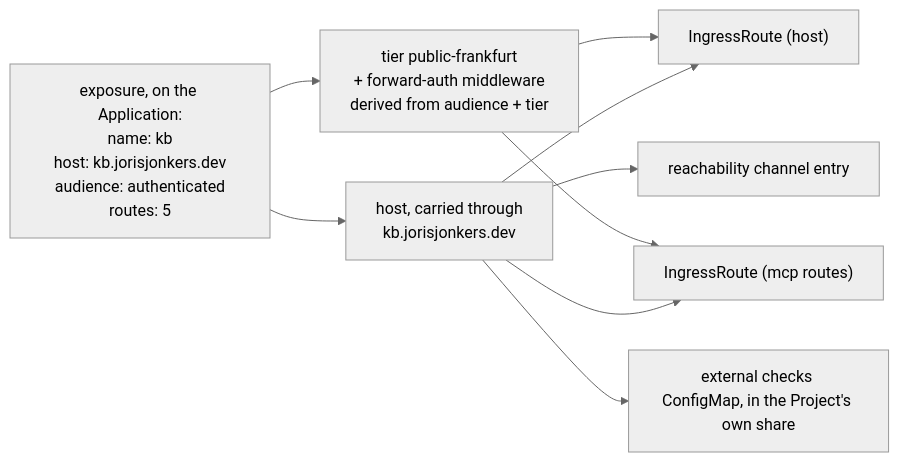
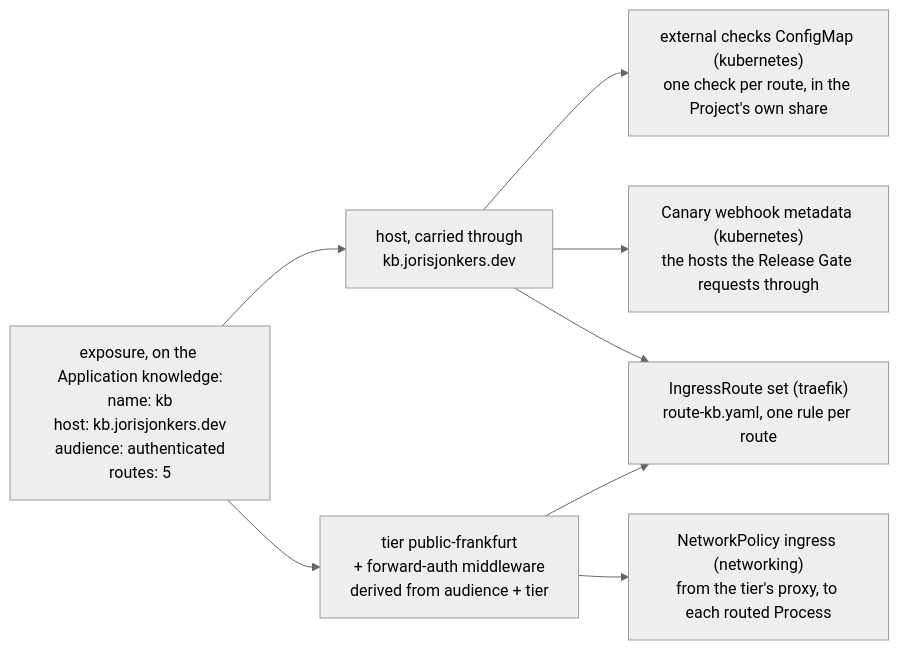
One commit to JorisJonkers-dev/deploy-kit changed the third of 3 diagrams in spec/v1/16-dependencies.md. Above: the diagram before and after it, drawn with Mermaid (neutral theme). The commit also changed 1 other file, not shown here.

Commit message:
docs(spec): redraw the exposure trace without the deleted edge catalogs and Gatus Asset

````diff
--- a/spec/v1/16-dependencies.md
+++ b/spec/v1/16-dependencies.md
@@ -1330,14 +1330,13 @@
 ```mermaid
 flowchart LR
-    X["exposure, on the Application:<br/>name: kb<br/>host: kb.jorisjonkers.dev<br/>audience: authenticated<br/>routes: 5"]
+    X["exposure, on the Application knowledge:<br/>name: kb<br/>host: kb.jorisjonkers.dev<br/>audience: authenticated<br/>routes: 5"]
 
     X --> H["host, carried through<br/>kb.jorisjonkers.dev"]
     X --> T["tier public-frankfurt<br/>+ forward-auth middleware<br/>derived from audience + tier"]
 
-    H --> A1["IngressRoute (host)"]
-    H --> A2["IngressRoute (mcp routes)"]
-    H --> A3["reachability channel entry"]
-    H --> A6["external checks ConfigMap, in the Project's own share"]
-    T --> A1
-    T --> A2
+    H --> A1["external checks ConfigMap (kubernetes)<br/>one check per route, in the Project's own share"]
+    H --> A2["Canary webhook metadata (kubernetes)<br/>the hosts the Release Gate requests through"]
+    H --> A3["IngressRoute set (traefik)<br/>route-kb.yaml, one rule per route"]
+    T --> A3
+    T --> A4["NetworkPolicy ingress (networking)<br/>from the tier's proxy, to each routed Process"]
 ```
````
